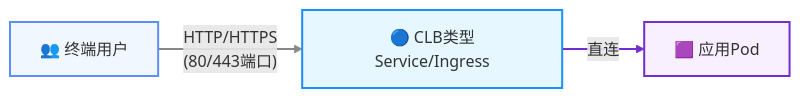
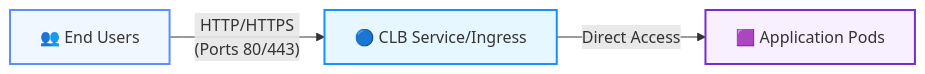
One commit to kestrelli/Enterprise-containerization-transformation changed the second of 2 diagrams in 容器化改造/README.md. Above: the diagram before and after it, drawn with Mermaid. The commit also changed other lines of this file, not shown here.

````diff
--- a/容器化改造/README.md
+++ b/容器化改造/README.md
@@ -93,16 +79,13 @@
 ```mermaid
 graph LR
-    User["👥 终端用户"] --> |"HTTP/HTTPS<br>(80/443端口)"| LB["🔵 CLB类型Service/Ingress"]
-    LB --> |"直连"| Pod["🟪 应用Pod"]
+    User["👥 End Users"] --> |"HTTP/HTTPS<br>(Ports 80/443)"| LB["🔵 CLB Service/Ingress"]
+    LB --> |"Direct Access"| Pod["🟪 Application Pods"]
     
     classDef user fill:#f0f7ff,stroke:#5b8ff9,stroke-width:2px;
     classDef lb fill:#e6f7ff,stroke:#1890ff,stroke-width:2px;
     classDef pod fill:#f9f0ff,stroke:#722ed1,stroke-width:2px;
     
     class User user
     class LB lb
     class Pod pod
-    
-    linkStyle 0 stroke:#888,stroke-width:2px;
-    linkStyle 1 stroke:#722ed1,stroke-width:2px;
 ```
````
